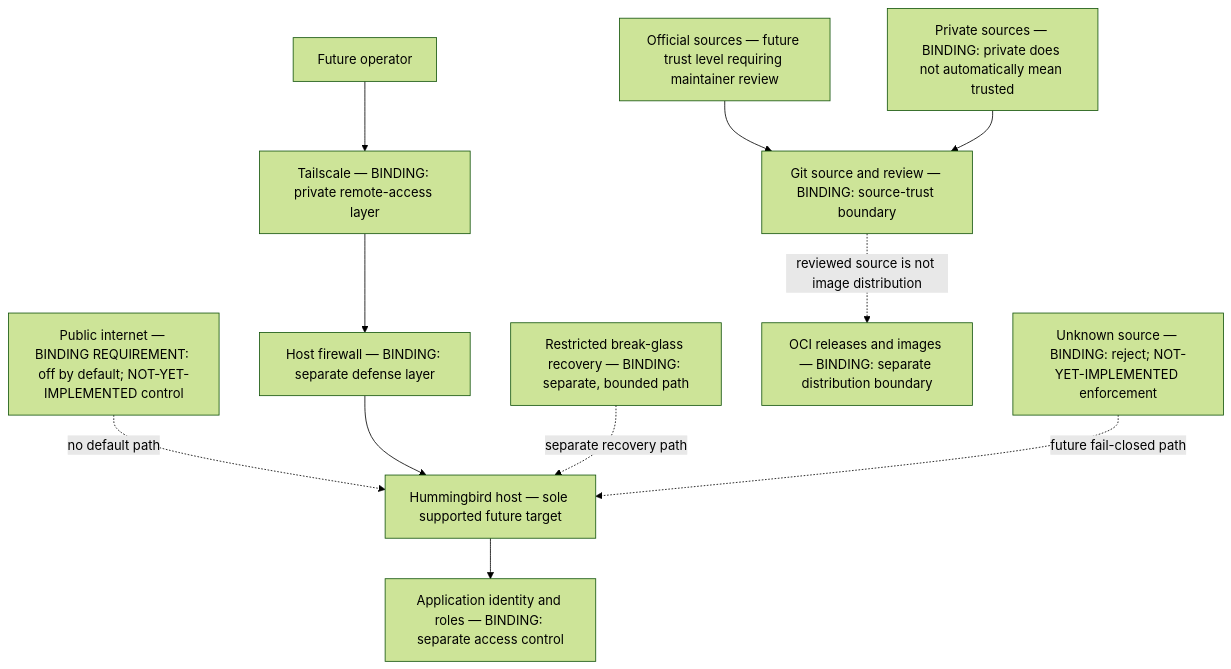
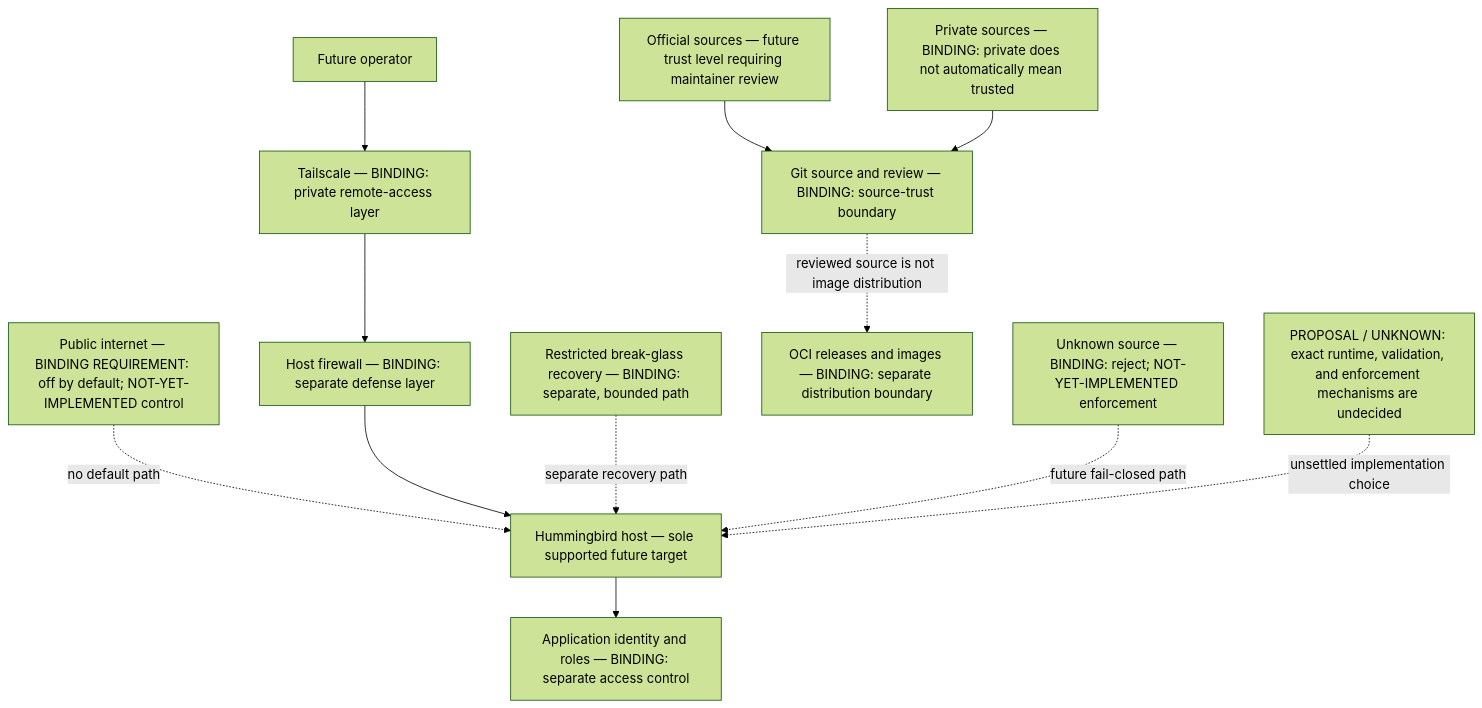
Before and after one commit to nissifield/ftlbird-waypoint: the second of 4 diagrams in README.md, drawn with Mermaid (forest theme). The commit also changed other lines of this file, not shown here.

Commit message:
docs: clarify diagram status and issue routing

````diff
--- a/README.md
+++ b/README.md
@@ -55,23 +57,25 @@
 ```mermaid
 flowchart TB
     public["Public internet — BINDING REQUIREMENT: off by default; NOT-YET-IMPLEMENTED control"]
     operator["Future operator"]
     tailscale["Tailscale — BINDING: private remote-access layer"]
     firewall["Host firewall — BINDING: separate defense layer"]
     identity["Application identity and roles — BINDING: separate access control"]
     recovery["Restricted break-glass recovery — BINDING: separate, bounded path"]
     host["Hummingbird host — sole supported future target"]
     official["Official sources — future trust level requiring maintainer review"]
     private["Private sources — BINDING: private does not automatically mean trusted"]
     git["Git source and review — BINDING: source-trust boundary"]
     oci["OCI releases and images — BINDING: separate distribution boundary"]
     unknown["Unknown source — BINDING: reject; NOT-YET-IMPLEMENTED enforcement"]
+    proposal["PROPOSAL / UNKNOWN: exact runtime, validation, and enforcement mechanisms are undecided"]
 
     public -. "no default path" .-> host
     operator --> tailscale --> firewall --> host --> identity
     recovery -. "separate recovery path" .-> host
     official --> git
     private --> git
     git -. "reviewed source is not image distribution" .-> oci
     unknown -. "future fail-closed path" .-> host
+    proposal -. "unsettled implementation choice" .-> host
 ```
````
